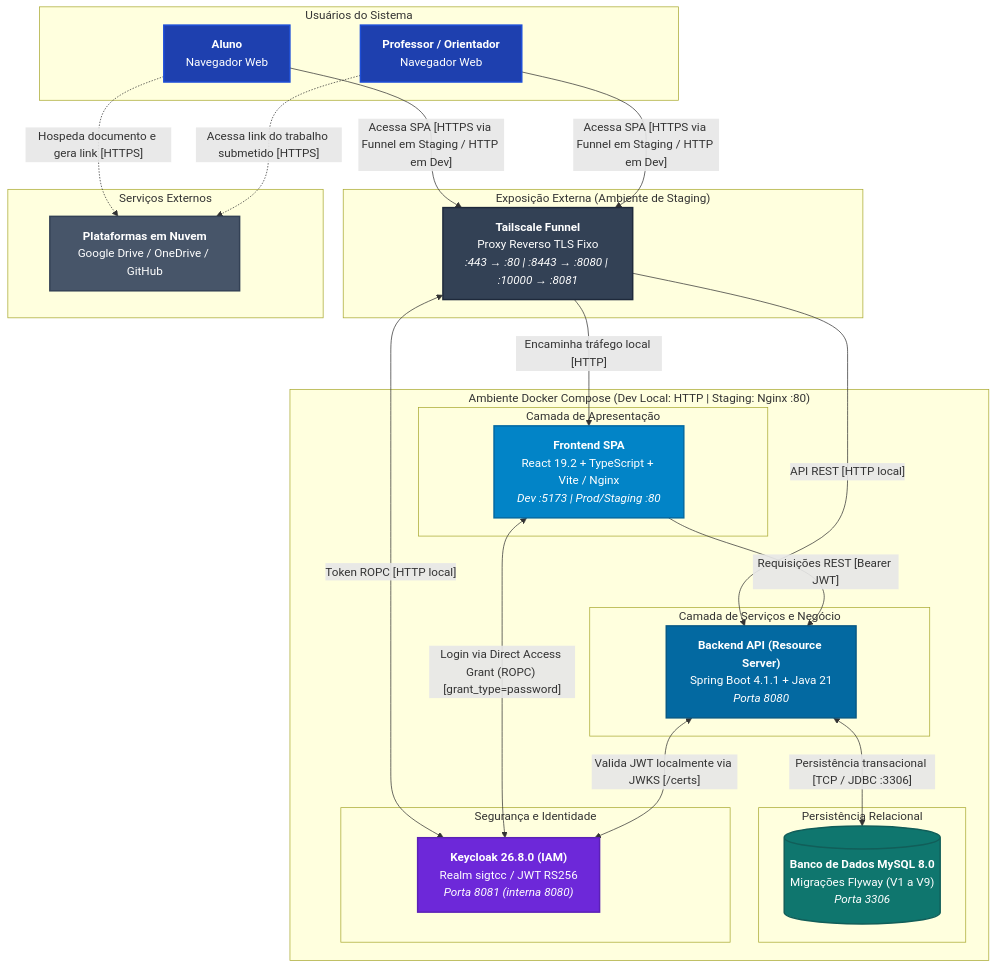
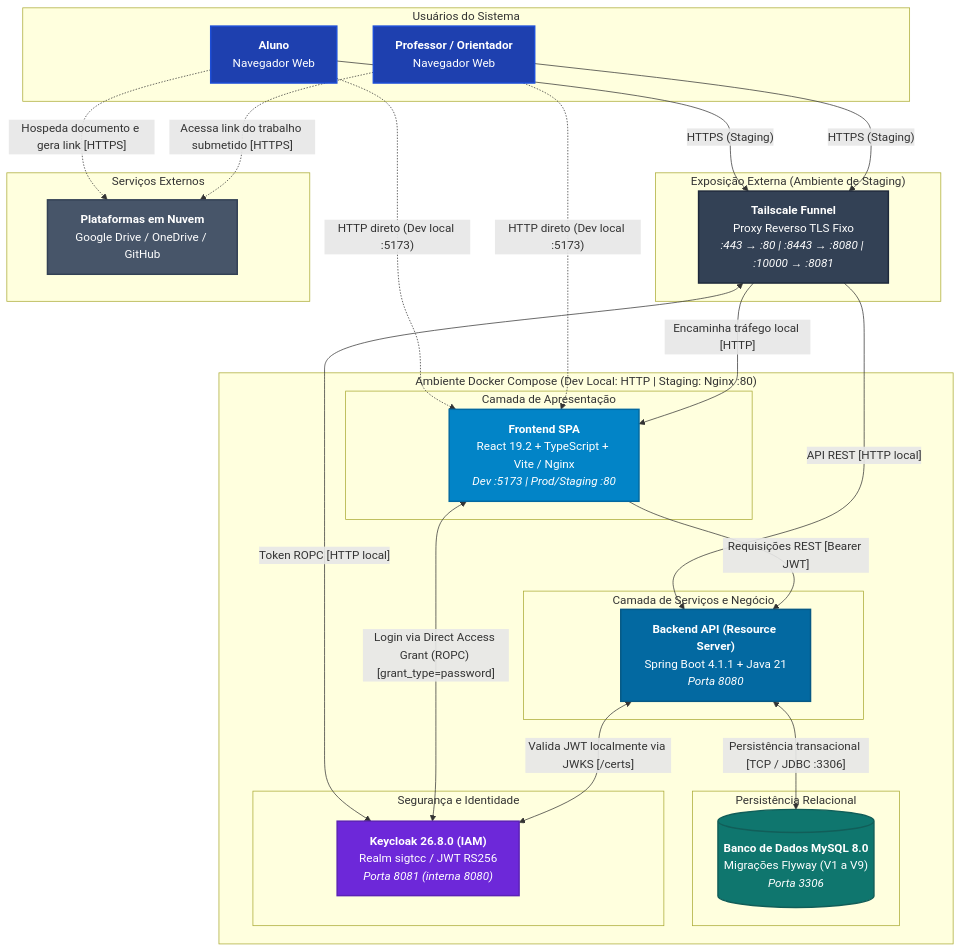
The second of 2 diagrams in docs/ARQUITETURA.md (IFSC-ES2/es2-2026_2-equipe-3), drawn with Mermaid before and after one commit. The commit also changed other lines of this file and 15 other files, not shown here.

````diff
--- a/docs/ARQUITETURA.md
+++ b/docs/ARQUITETURA.md
@@ -70,56 +70,58 @@
 ```mermaid
 flowchart TB
     classDef actor fill:#1e40af,stroke:#1d4ed8,stroke-width:2px,color:#ffffff;
     classDef tunnel fill:#334155,stroke:#1e293b,stroke-width:2px,color:#ffffff;
     classDef front fill:#0284c7,stroke:#0369a1,stroke-width:2px,color:#ffffff;
     classDef back fill:#0369a1,stroke:#075985,stroke-width:2px,color:#ffffff;
     classDef db fill:#0f766e,stroke:#115e59,stroke-width:2px,color:#ffffff;
     classDef iam fill:#6d28d9,stroke:#5b21b6,stroke-width:2px,color:#ffffff;
     classDef cloud fill:#475569,stroke:#334155,stroke-width:2px,color:#ffffff;
 
     subgraph Atores["Usuários do Sistema"]
         aluno["<b>Aluno</b><br/>Navegador Web"]:::actor
         professor["<b>Professor / Orientador</b><br/>Navegador Web"]:::actor
     end
 
     subgraph Edge["Exposição Externa (Ambiente de Staging)"]
         funnel["<b>Tailscale Funnel</b><br/>Proxy Reverso TLS Fixo<br/><i>:443 → :80 | :8443 → :8080 | :10000 → :8081</i>"]:::tunnel
     end
 
     subgraph Docker["Ambiente Docker Compose (Dev Local: HTTP | Staging: Nginx :80)"]
         subgraph FrontCont["Camada de Apresentação"]
             frontend["<b>Frontend SPA</b><br/>React 19.2 + TypeScript + Vite / Nginx<br/><i>Dev :5173 | Prod/Staging :80</i>"]:::front
         end
 
         subgraph BackCont["Camada de Serviços e Negócio"]
             backend["<b>Backend API (Resource Server)</b><br/>Spring Boot 4.1.1 + Java 21<br/><i>Porta 8080</i>"]:::back
         end
 
         subgraph DbCont["Persistência Relacional"]
             db[("<b>Banco de Dados MySQL 8.0</b><br/>Migrações Flyway (V1 a V9)<br/><i>Porta 3306</i>")]:::db
         end
 
         subgraph IamCont["Segurança e Identidade"]
             keycloak["<b>Keycloak 26.8.0 (IAM)</b><br/>Realm sigtcc / JWT RS256<br/><i>Porta 8081 (interna 8080)</i>"]:::iam
         end
     end
 
     subgraph NuvemExt["Serviços Externos"]
         nuvem["<b>Plataformas em Nuvem</b><br/>Google Drive / OneDrive / GitHub"]:::cloud
     end
 
-    aluno -->|"Acessa SPA [HTTPS via Funnel em Staging / HTTP em Dev]"| funnel
-    professor -->|"Acessa SPA [HTTPS via Funnel em Staging / HTTP em Dev]"| funnel
+    aluno -->|"HTTPS (Staging)"| funnel
+    professor -->|"HTTPS (Staging)"| funnel
+    aluno -.->|"HTTP direto (Dev local :5173)"| frontend
+    professor -.->|"HTTP direto (Dev local :5173)"| frontend
     funnel -->|"Encaminha tráfego local [HTTP]"| frontend
     funnel <-->|"Token ROPC [HTTP local]"| keycloak
     funnel -->|"API REST [HTTP local]"| backend
 
     frontend <-->|"Login via Direct Access Grant (ROPC) [grant_type=password]"| keycloak
     frontend -->|"Requisições REST [Bearer JWT]"| backend
 
     backend <-->|"Valida JWT localmente via JWKS [/certs]"| keycloak
     backend <-->|"Persistência transacional [TCP / JDBC :3306]"| db
 
     aluno -.->|"Hospeda documento e gera link [HTTPS]"| nuvem
     professor -.->|"Acessa link do trabalho submetido [HTTPS]"| nuvem
 ```
````
